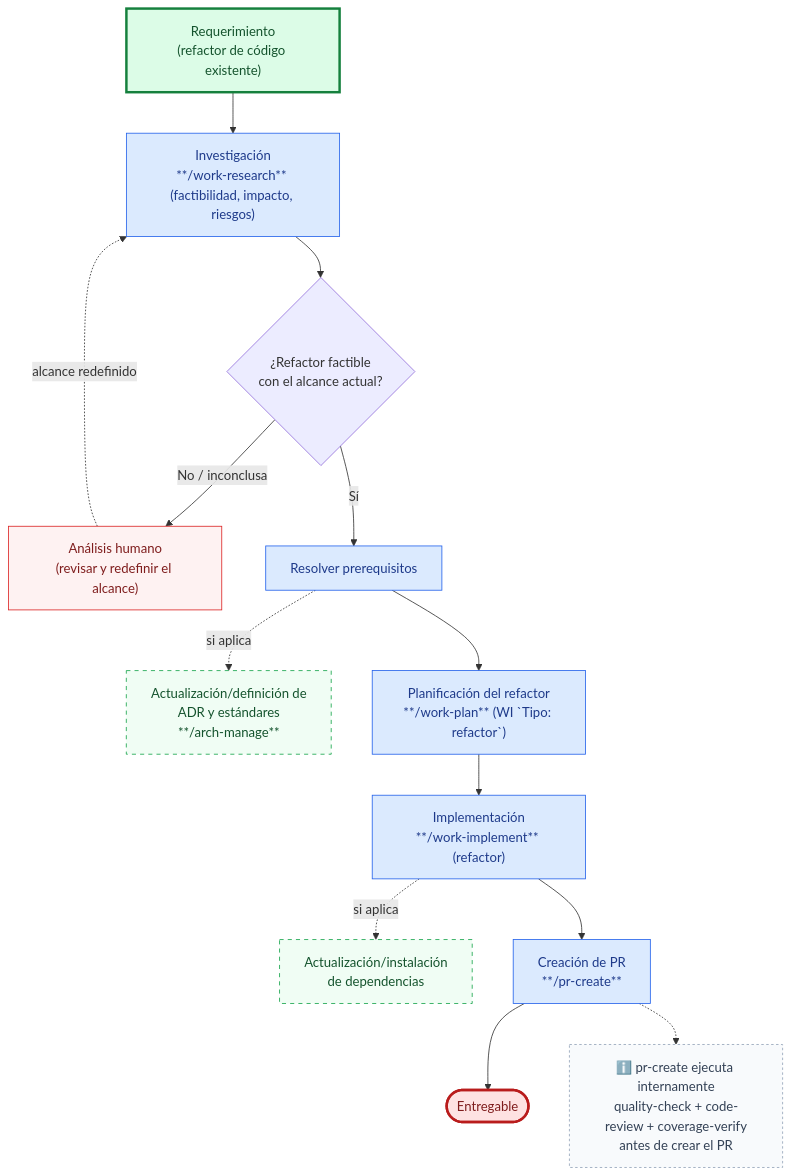
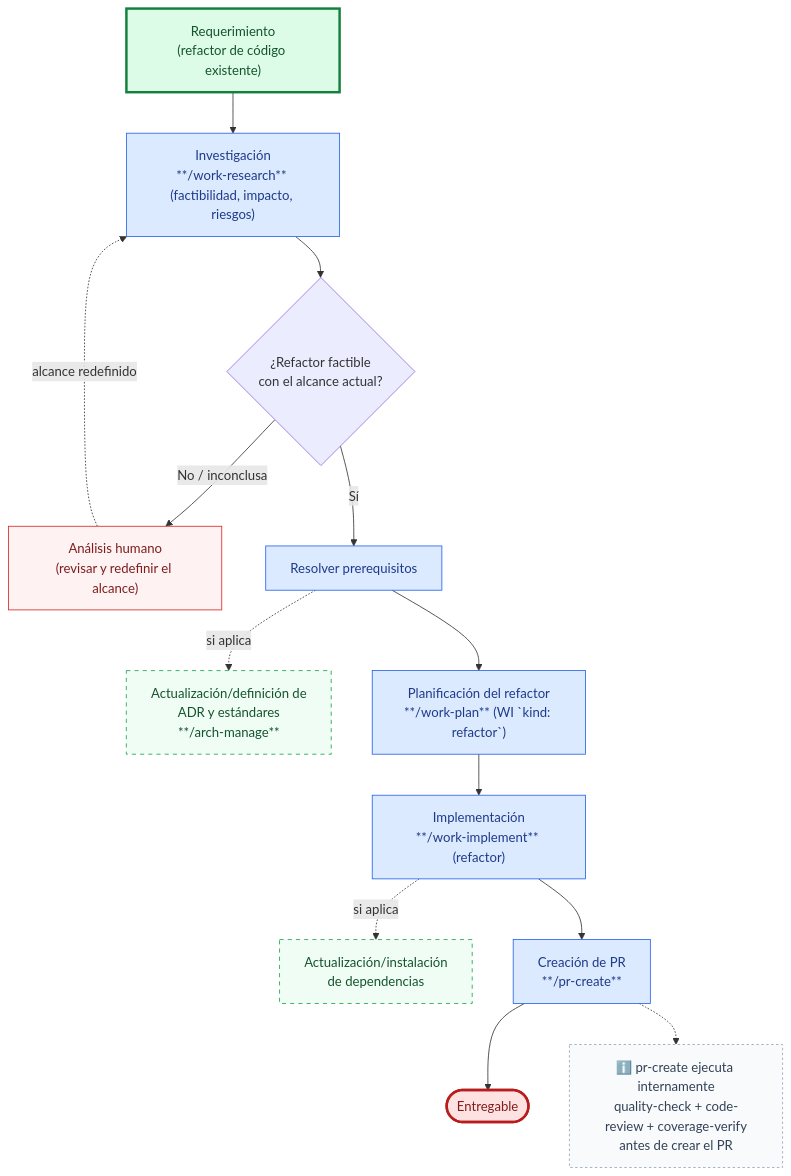
The diagram in docs/use-cases/refactor.md (juanca202/sdd-devkit), drawn with Mermaid before and after one commit. The commit also changed other lines of this file and 70 other files, not shown here.

````diff
--- a/docs/use-cases/refactor.md
+++ b/docs/use-cases/refactor.md
@@ -5,29 +5,29 @@
 ```mermaid
 flowchart TD
     A["Requerimiento<br/>(refactor de código existente)"] --> B["Investigación<br/>**/work-research** (factibilidad, impacto, riesgos)"]
     B --> C{"¿Refactor factible<br/>con el alcance actual?"}
     C -->|"No / inconclusa"| H["Análisis humano<br/>(revisar y redefinir el alcance)"]
     H -.->|"alcance redefinido"| B
     C -->|"Sí"| P["Resolver prerequisitos"]
     P -.->|"si aplica"| ADR["Actualización/definición de<br/>ADR y estándares<br/>**/arch-manage**"]
-    P --> F["Planificación del refactor<br/>**/work-plan** (WI `Tipo: refactor`)"]
+    P --> F["Planificación del refactor<br/>**/work-plan** (WI `kind: refactor`)"]
     F --> G["Implementación<br/>**/work-implement** (refactor)"]
     G -.->|"si aplica"| DEP["Actualización/instalación<br/>de dependencias"]
     G --> I["Creación de PR<br/>**/pr-create**"]
     I --> J(["Entregable"])
     NOTE["ℹ️ pr-create ejecuta internamente<br/>quality-check + code-review + coverage-verify<br/>antes de crear el PR"]
     I -.-> NOTE
 
     classDef main fill:#dbeafe,stroke:#2563eb,color:#1e3a8a
     classDef human fill:#fef2f2,stroke:#dc2626,color:#7f1d1d
     classDef optional fill:#f0fdf4,stroke:#16a34a,stroke-dasharray:5 5,color:#14532d
     classDef entryPoint fill:#dcfce7,stroke:#15803d,stroke-width:3px,color:#14532d
     classDef exitPoint fill:#fee2e2,stroke:#b91c1c,stroke-width:3px,color:#7f1d1d
     classDef note fill:#f8fafc,stroke:#94a3b8,stroke-width:1px,stroke-dasharray:3 3,color:#334155
     class B,P,F,G,I main
     class H human
     class ADR,DEP optional
     class A entryPoint
     class J exitPoint
     class NOTE note
 ```
````
